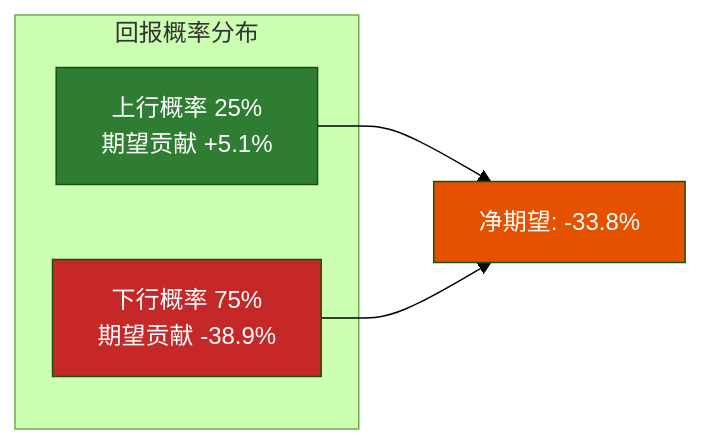
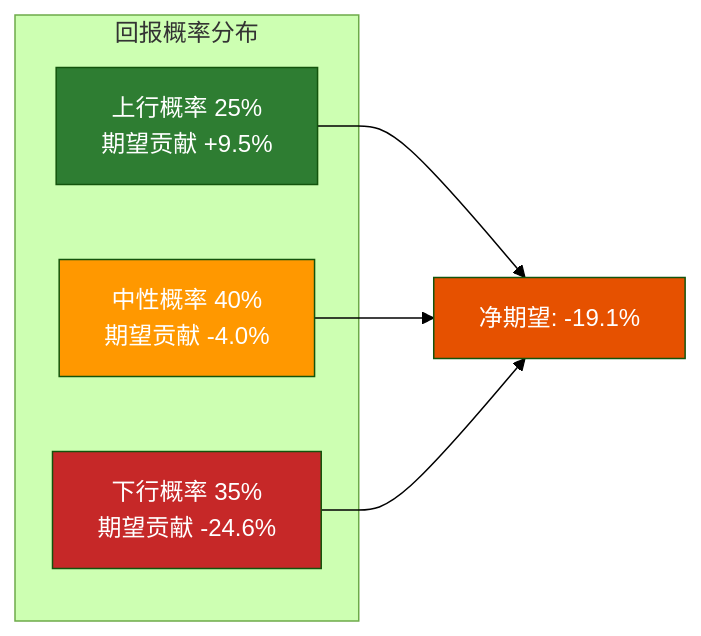
One commit to miltonnewyork25-afk/investment-master changed the second of 2 diagrams in reports/SBUX/staging/P3_Ch17_scenario_synthesis.md. Above: the diagram before and after it, drawn with Mermaid (forest theme). The commit also changed other lines of this file and 7 other files, not shown here.

````diff
--- a/reports/SBUX/staging/P3_Ch17_scenario_synthesis.md
+++ b/reports/SBUX/staging/P3_Ch17_scenario_synthesis.md
@@ -122,13 +122,16 @@
 ```mermaid
 graph LR
     subgraph "回报概率分布"
-        UP["上行概率 25%<br>期望贡献 +5.1%"]
-        DOWN["下行概率 75%<br>期望贡献 -38.9%"]
+        UP["上行概率 25%<br>期望贡献 +9.5%"]
+        MID["中性概率 40%<br>期望贡献 -4.0%"]
+        DOWN["下行概率 35%<br>期望贡献 -24.6%"]
     end
-    UP --> NET["净期望: -33.8%"]
+    UP --> NET["净期望: -19.1%"]
+    MID --> NET
     DOWN --> NET
 
     style UP fill:#2e7d32,color:#fff
+    style MID fill:#ff9800,color:#fff
     style DOWN fill:#c62828,color:#fff
     style NET fill:#e65100,color:#fff
 ```
````
